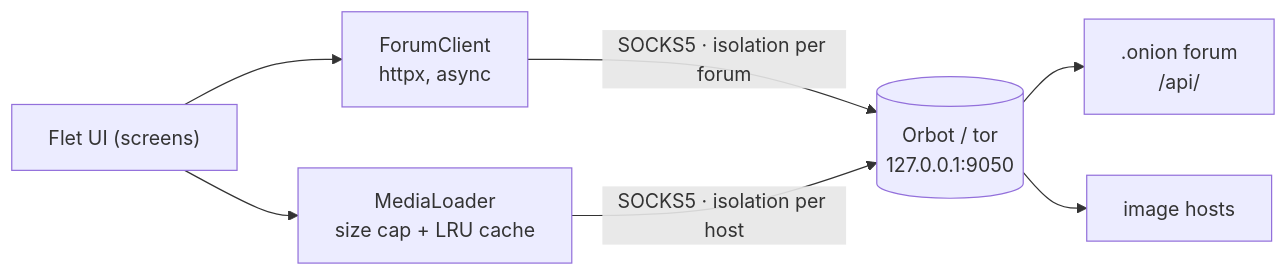
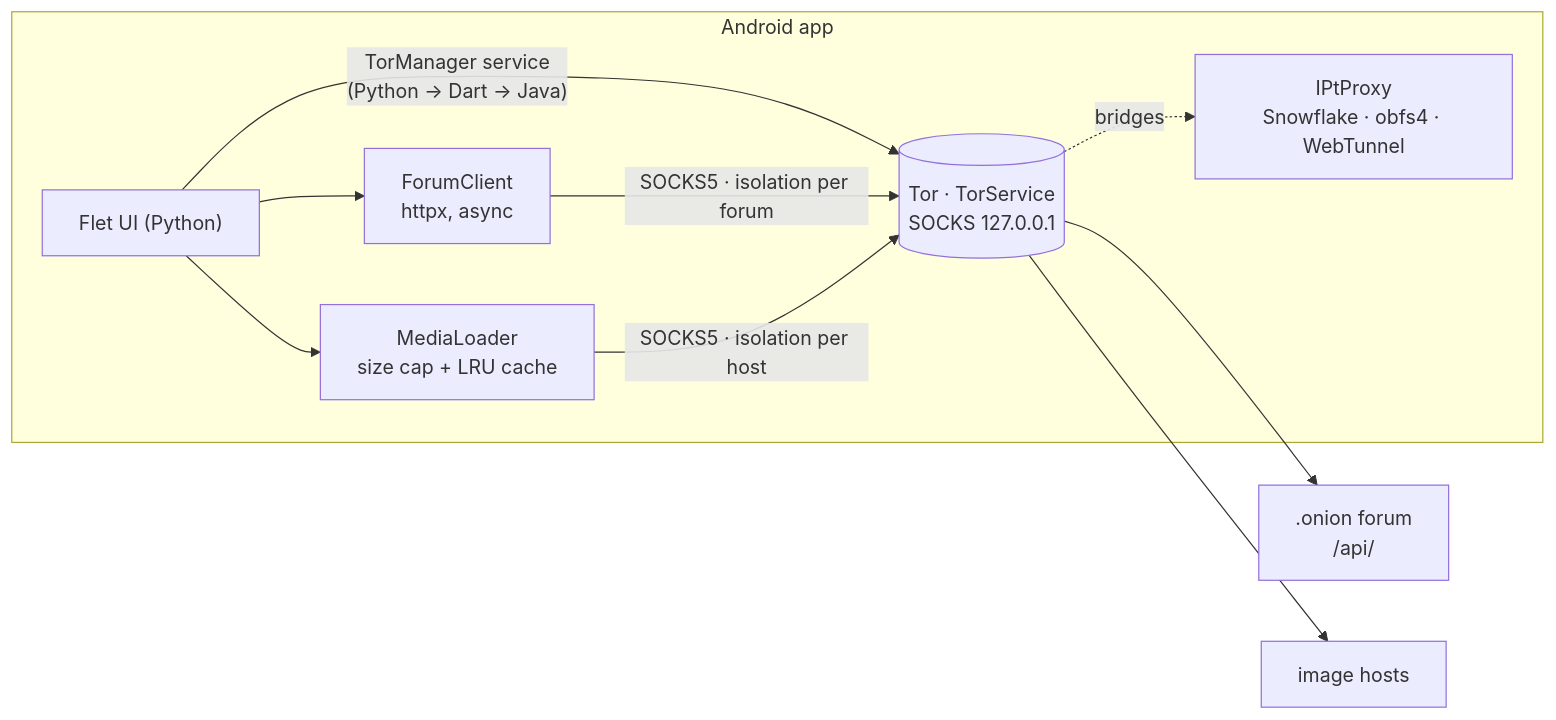
Before and after one commit to Holego/tor-forum-client: the diagram in README.md, drawn with Mermaid. The commit also changed other lines of this file and 2 other files, not shown here.

Commit message:
Update the README for the built-in Tor and drop the Russian section

````diff
--- a/README.md
+++ b/README.md
@@ -46,9 +41,13 @@
 ```mermaid
 flowchart LR
-    UI["Flet UI (screens)"] --> API["ForumClient<br/>httpx, async"]
-    UI --> Media["MediaLoader<br/>size cap + LRU cache"]
-    API -- "SOCKS5 · isolation per forum" --> Tor[("Orbot / tor<br/>127.0.0.1:9050")]
-    Media -- "SOCKS5 · isolation per host" --> Tor
+    subgraph app["Android app"]
+        UI["Flet UI (Python)"] --> API["ForumClient<br/>httpx, async"]
+        UI --> Media["MediaLoader<br/>size cap + LRU cache"]
+        UI -- "TorManager service<br/>(Python → Dart → Java)" --> Tor[("Tor · TorService<br/>SOCKS 127.0.0.1")]
+        Tor -. "bridges" .-> PT["IPtProxy<br/>Snowflake · obfs4 · WebTunnel"]
+        API -- "SOCKS5 · isolation per forum" --> Tor
+        Media -- "SOCKS5 · isolation per host" --> Tor
+    end
     Tor --> Forum[".onion forum<br/>/api/"]
     Tor --> Hosts["image hosts"]
 ```
````
